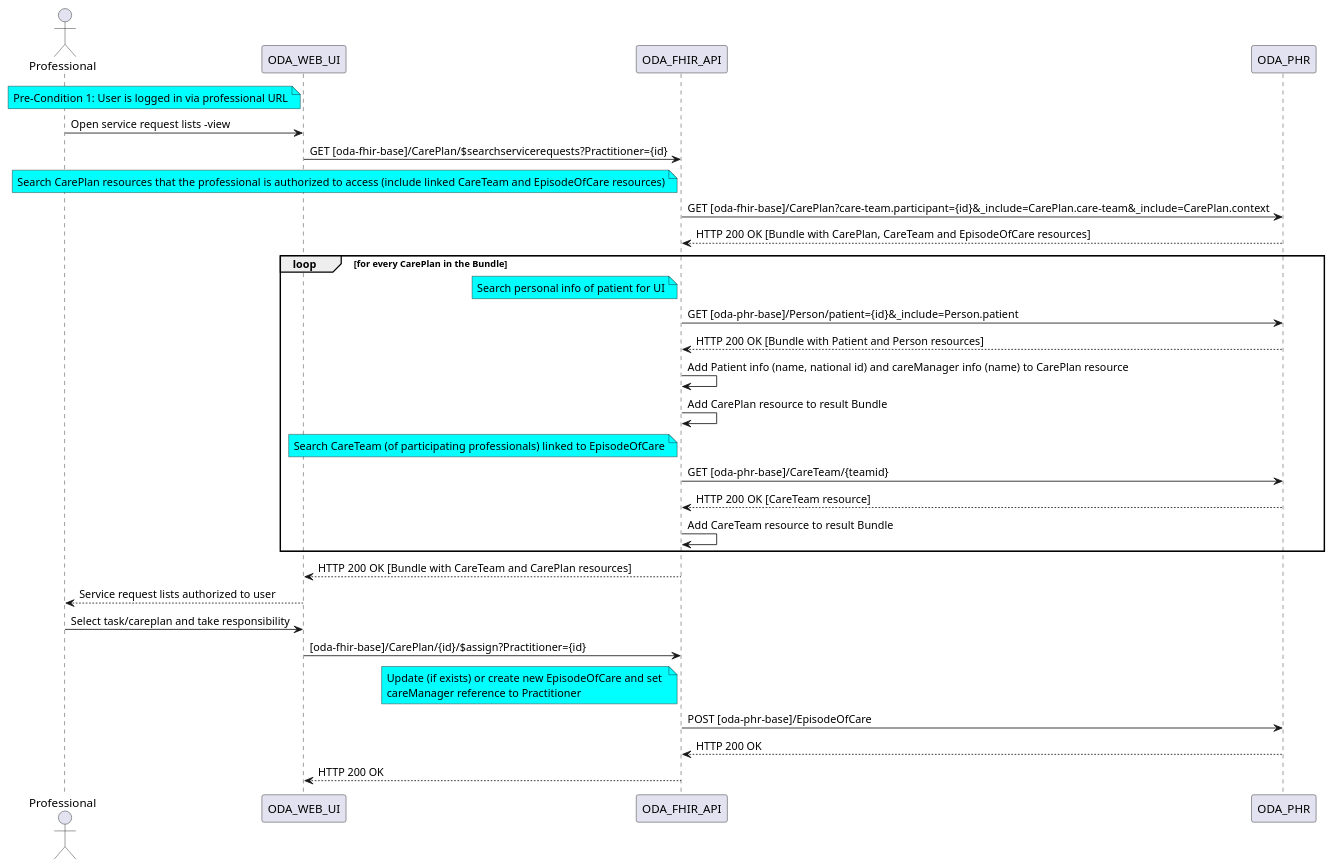
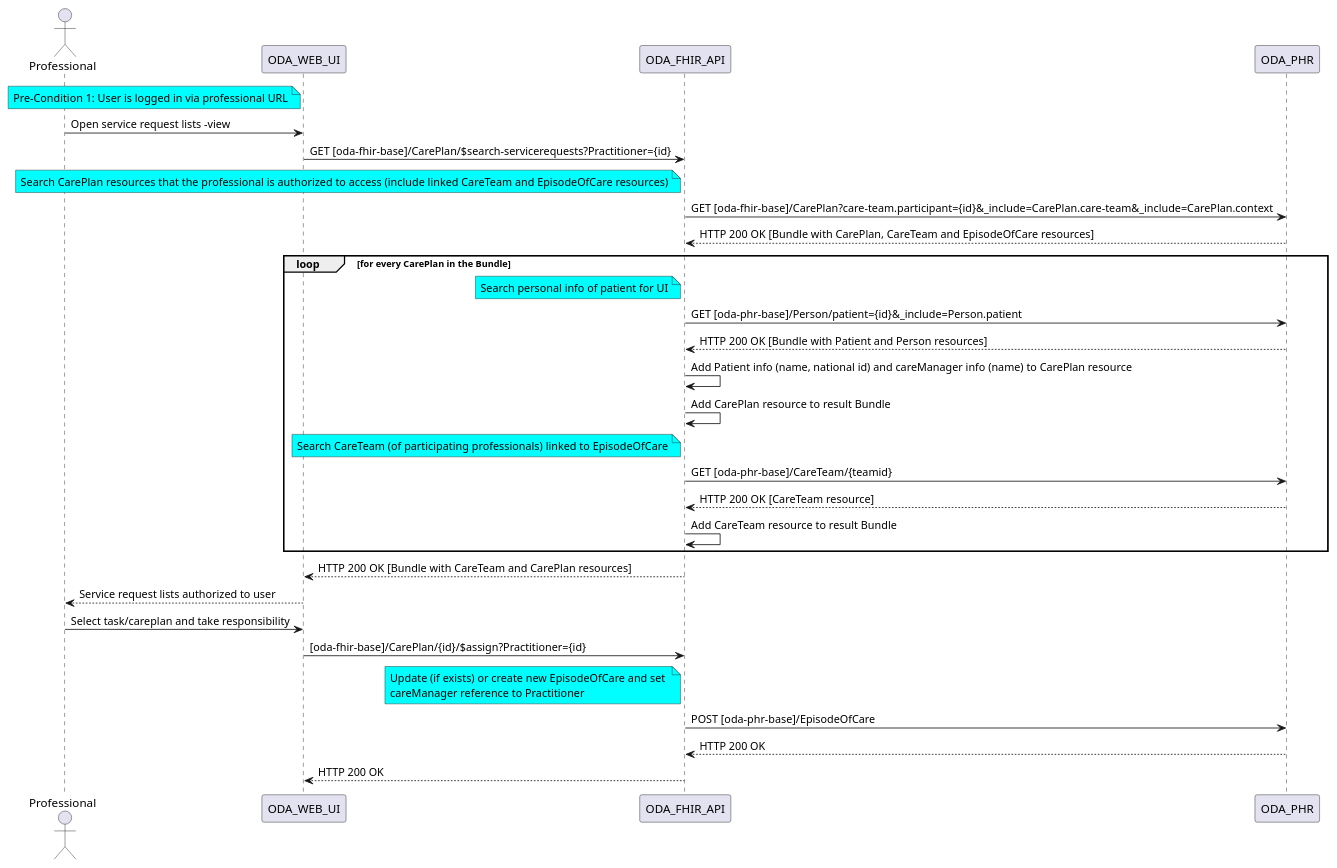
The diagram in sequence-diagrams/Professional-service-requests.puml (ruoat/definitions), drawn with PlantUML before and after one commit.

Commit message:
Fix operation name to match implementation

```diff
--- a/sequence-diagrams/Professional-service-requests.puml
+++ b/sequence-diagrams/Professional-service-requests.puml
@@ -1,56 +1,56 @@
 @startuml
 actor Professional
 
 participant ODA_WEB_UI
 participant ODA_FHIR_API
 participant ODA_PHR
 
 note left of ODA_WEB_UI #aqua
 Pre-Condition 1: User is logged in via professional URL
 end note
 
 Professional -> ODA_WEB_UI: Open service request lists -view
-ODA_WEB_UI -> ODA_FHIR_API: GET [oda-fhir-base]/CarePlan/$searchservicerequests?Practitioner={id}
+ODA_WEB_UI -> ODA_FHIR_API: GET [oda-fhir-base]/CarePlan/$search-servicerequests?Practitioner={id}
 note left of ODA_FHIR_API #aqua
 Search CarePlan resources that the professional is authorized to access (include linked CareTeam and EpisodeOfCare resources)
 end note
 ODA_FHIR_API -> ODA_PHR: GET [oda-fhir-base]/CarePlan?care-team.participant={id}&_include=CarePlan.care-team&_include=CarePlan.context 
 
 ODA_PHR --> ODA_FHIR_API: HTTP 200 OK [Bundle with CarePlan, CareTeam and EpisodeOfCare resources]
 
 loop for every CarePlan in the Bundle
     note left of ODA_FHIR_API #aqua
         Search personal info of patient for UI
     end note
     ODA_FHIR_API -> ODA_PHR: GET [oda-phr-base]/Person/patient={id}&_include=Person.patient
     ODA_PHR --> ODA_FHIR_API: HTTP 200 OK [Bundle with Patient and Person resources]
     ODA_FHIR_API -> ODA_FHIR_API: Add Patient info (name, national id) and careManager info (name) to CarePlan resource
     
     ODA_FHIR_API -> ODA_FHIR_API: Add CarePlan resource to result Bundle
     note left of ODA_FHIR_API #aqua
         Search CareTeam (of participating professionals) linked to EpisodeOfCare
     end note
     
     ODA_FHIR_API -> ODA_PHR: GET [oda-phr-base]/CareTeam/{teamid}
     ODA_PHR --> ODA_FHIR_API: HTTP 200 OK [CareTeam resource]
     ODA_FHIR_API -> ODA_FHIR_API: Add CareTeam resource to result Bundle
 end
 
 
 
 ODA_FHIR_API --> ODA_WEB_UI: HTTP 200 OK [Bundle with CareTeam and CarePlan resources]
 ODA_WEB_UI --> Professional: Service request lists authorized to user
 Professional -> ODA_WEB_UI: Select task/careplan and take responsibility
 
 
 ODA_WEB_UI -> ODA_FHIR_API: [oda-fhir-base]/CarePlan/{id}/$assign?Practitioner={id}
 
 note left of ODA_FHIR_API #aqua
 Update (if exists) or create new EpisodeOfCare and set 
 careManager reference to Practitioner
 end note
 ODA_FHIR_API -> ODA_PHR: POST [oda-phr-base]/EpisodeOfCare
 ODA_PHR --> ODA_FHIR_API: HTTP 200 OK
 ODA_FHIR_API --> ODA_WEB_UI: HTTP 200 OK
 
 @enduml
```
